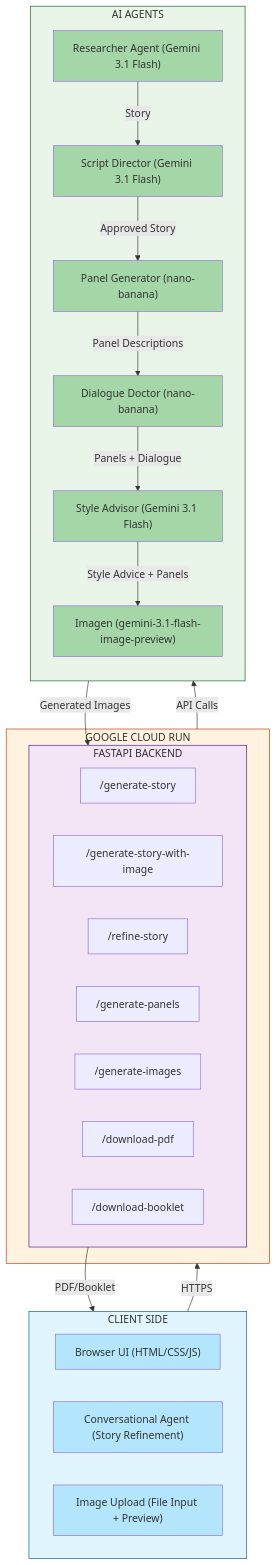
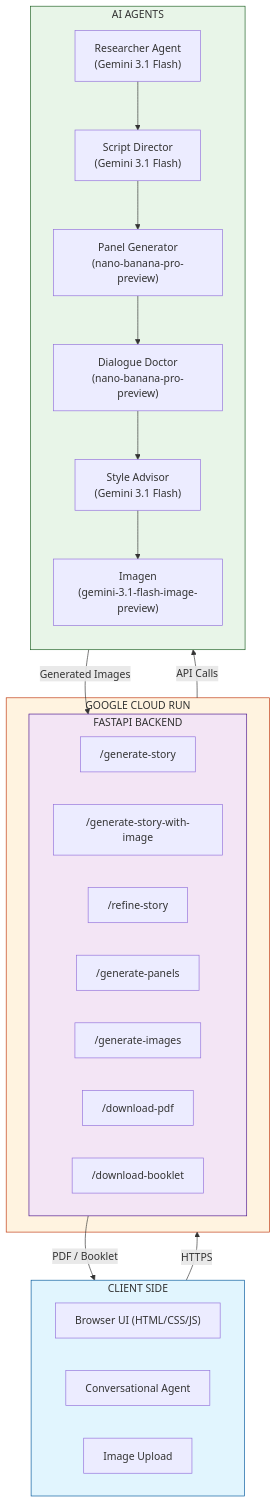
The first of 3 diagrams in docs/architecture.md (RobinaMirbahar/Comic-Studio-Ai), drawn with Mermaid before and after one commit. The commit also changed other lines of this file, not shown here.

````diff
--- a/docs/architecture.md
+++ b/docs/architecture.md
@@ -7,56 +11,47 @@
 ```mermaid
 flowchart TB
     subgraph Client["CLIENT SIDE"]
         UI["Browser UI (HTML/CSS/JS)"]
-        CA["Conversational Agent (Story Refinement)"]
-        IMG["Image Upload (File Input + Preview)"]
+        CA["Conversational Agent"]
+        IMG["Image Upload"]
     end
 
     subgraph CloudRun["GOOGLE CLOUD RUN"]
         subgraph Backend["FASTAPI BACKEND"]
             direction LR
             GS["/generate-story"]
             GSI["/generate-story-with-image"]
             RS["/refine-story"]
             GP["/generate-panels"]
             GI["/generate-images"]
             DP["/download-pdf"]
             DB["/download-booklet"]
         end
     end
 
     subgraph Agents["AI AGENTS"]
         direction TB
-        RA["Researcher Agent (Gemini 3.1 Flash)"]
-        SA["Script Director (Gemini 3.1 Flash)"]
-        PGA["Panel Generator (nano-banana)"]
-        DDA["Dialogue Doctor (nano-banana)"]
-        STA["Style Advisor (Gemini 3.1 Flash)"]
-        IMA["Imagen (gemini-3.1-flash-image-preview)"]
+        RA["Researcher Agent\n(Gemini 3.1 Flash)"]
+        SD["Script Director\n(Gemini 3.1 Flash)"]
+        PG["Panel Generator\n(nano-banana-pro-preview)"]
+        DD["Dialogue Doctor\n(nano-banana-pro-preview)"]
+        SA["Style Advisor\n(Gemini 3.1 Flash)"]
+        IM["Imagen\n(gemini-3.1-flash-image-preview)"]
     end
 
     Client -->|HTTPS| CloudRun
     CloudRun -->|API Calls| Agents
-    
-    RA -->|Story| SA
-    SA -->|Approved Story| PGA
-    PGA -->|Panel Descriptions| DDA
-    DDA -->|Panels + Dialogue| STA
-    STA -->|Style Advice + Panels| IMA
-    IMA -->|Generated Images| Backend
-    Backend -->|PDF/Booklet| Client
+
+    RA --> SD
+    SD --> PG
+    PG --> DD
+    DD --> SA
+    SA --> IM
+    IM -->|Generated Images| Backend
+    Backend -->|PDF / Booklet| Client
 
     style Client fill:#e1f5fe,stroke:#01579b
     style CloudRun fill:#fff3e0,stroke:#bf360c
     style Agents fill:#e8f5e8,stroke:#1b5e20
     style Backend fill:#f3e5f5,stroke:#4a148c
-    style UI fill:#b3e5fc
-    style CA fill:#b3e5fc
-    style IMG fill:#b3e5fc
-    style RA fill:#a5d6a7
-    style SA fill:#a5d6a7
-    style PGA fill:#a5d6a7
-    style DDA fill:#a5d6a7
-    style STA fill:#a5d6a7
-    style IMA fill:#a5d6a7
 ```
````
